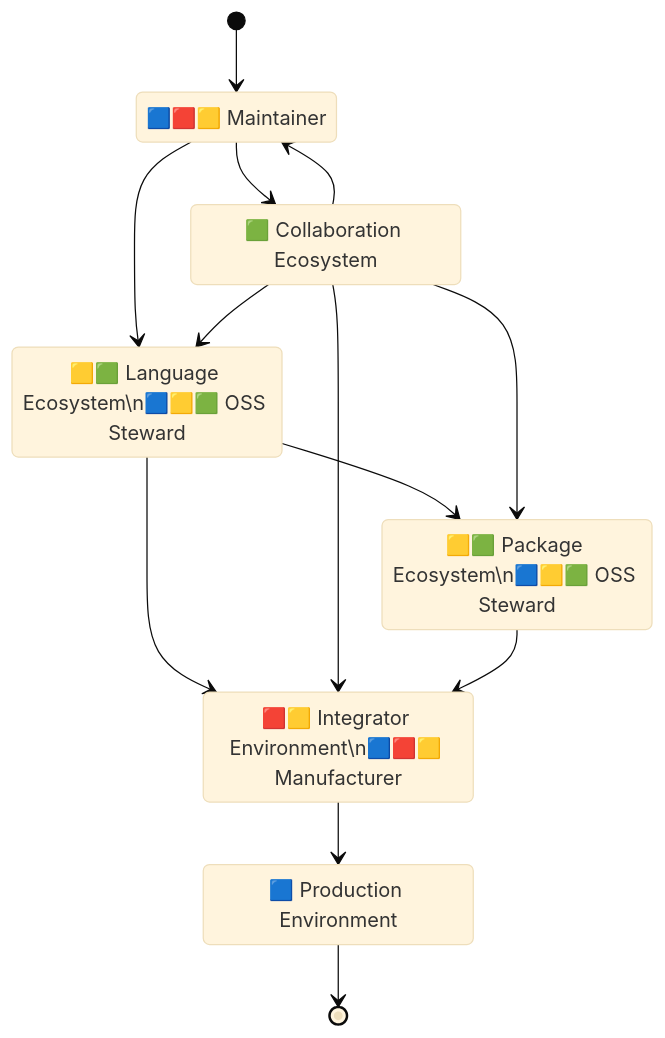
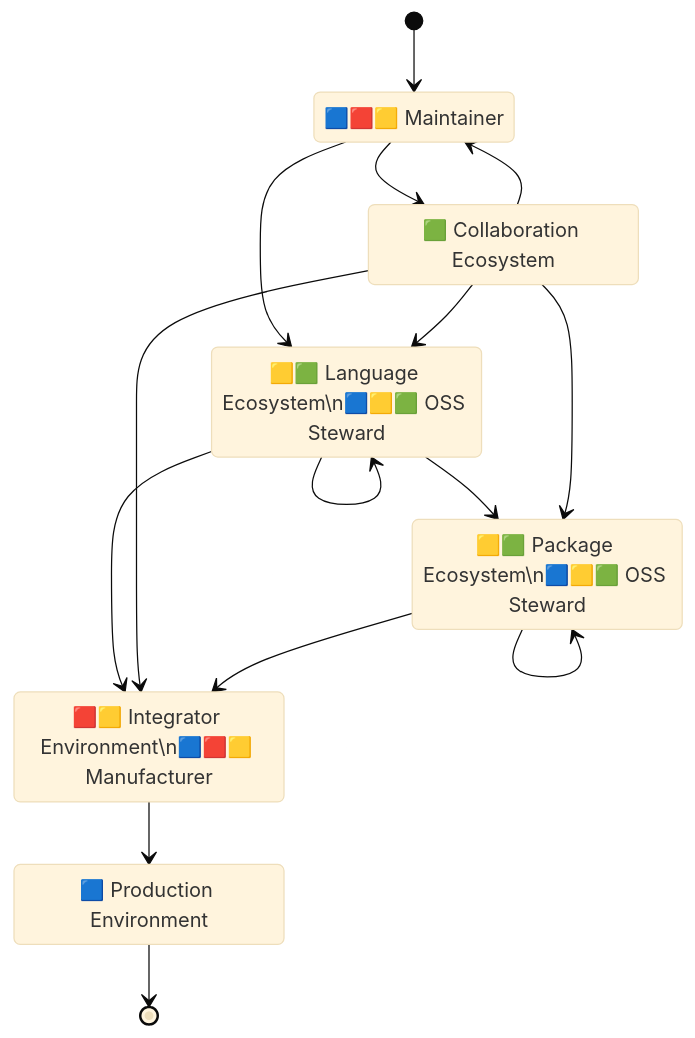
The first of 4 diagrams in docs/supplychain-sbom.md (CPAN-Security/security.metacpan.org), drawn with Mermaid (base theme) before and after one commit.

Commit message:
Add missing self-refs to the small graph

````diff
--- a/docs/supplychain-sbom.md
+++ b/docs/supplychain-sbom.md
@@ -38,26 +38,28 @@
 ```mermaid
 stateDiagram-v2
     direction TB
 
-    state "🟦🟥🟨 Maintainer"             as environment_maintainer
-    state "🟩 Collaboration Ecosystem"  as ecosystem_repo
+    state "🟦🟥🟨 Maintainer" as environment_maintainer
+    state "🟩 Collaboration Ecosystem" as ecosystem_repo
     state "🟨🟩 Language Ecosystem\n🟦🟨🟩 OSS Steward" as ecosystem_lang
     state "🟨🟩 Package Ecosystem\n🟦🟨🟩 OSS Steward" as ecosystem_package
     state "🟥🟨 Integrator Environment\n🟦🟥🟨 Manufacturer" as environment_integrator
-    state "🟦 Production Environment"   as environment_prod
+    state "🟦 Production Environment" as environment_prod
 
 
     [*] --> environment_maintainer
     environment_maintainer --> ecosystem_repo
     environment_maintainer --> ecosystem_lang
     ecosystem_repo --> environment_maintainer
     ecosystem_lang --> ecosystem_package
+    ecosystem_lang --> ecosystem_lang
     ecosystem_lang --> environment_integrator
     ecosystem_repo --> ecosystem_lang
     ecosystem_repo --> ecosystem_package
     ecosystem_repo --> environment_integrator
+    ecosystem_package --> ecosystem_package
     ecosystem_package --> environment_integrator
     environment_integrator --> environment_prod
     environment_prod --> [*]
 
 ```
````
